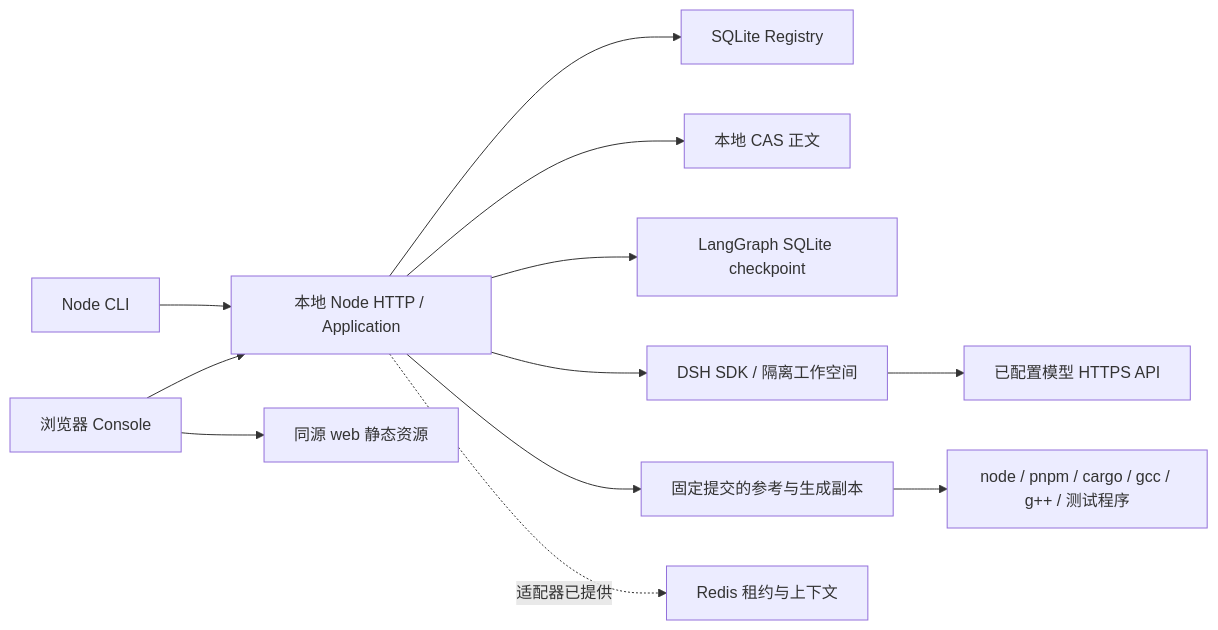
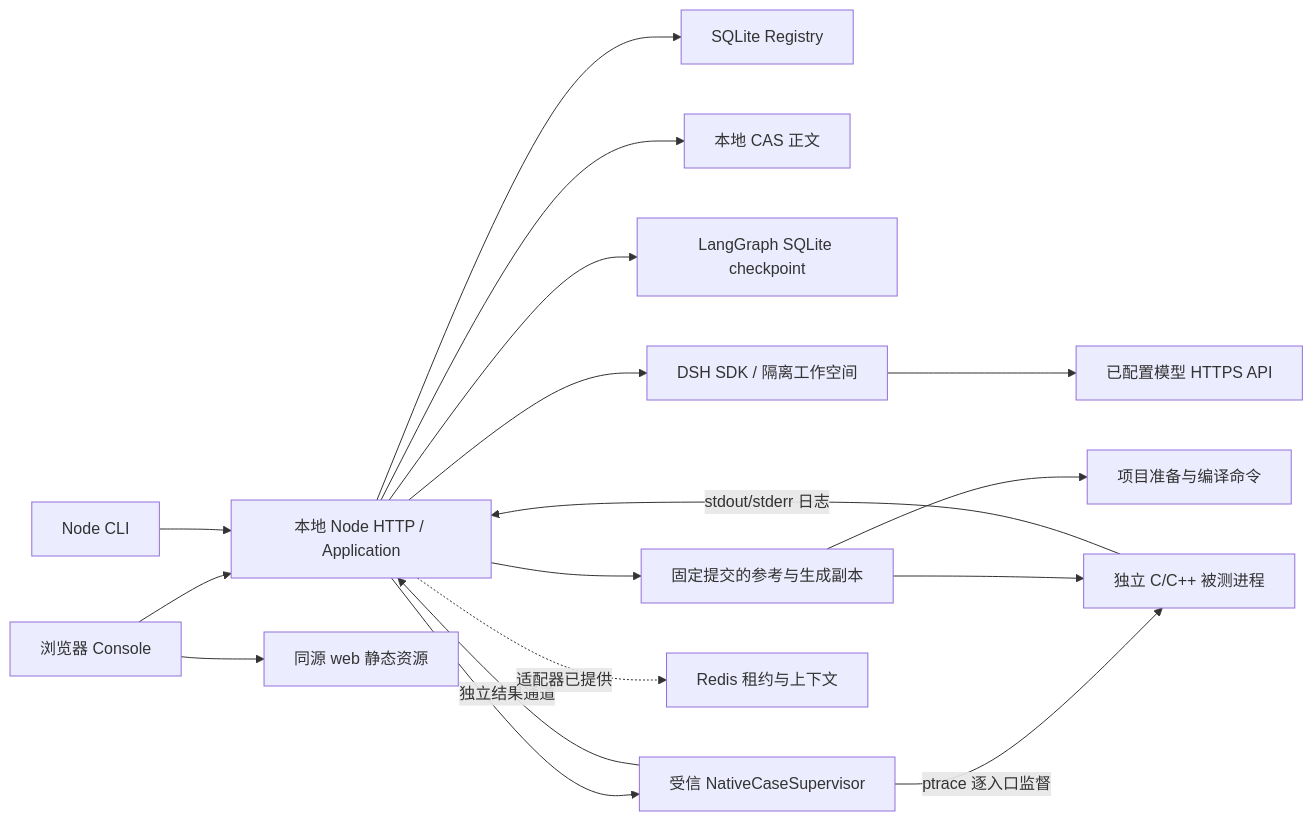
The fourth of 7 diagrams in docs/diagrams/Views4Plus1.md (linlisWorkTeam/domain-knowledge), drawn with Mermaid before and after one commit. The commit also changed other lines of this file and 22 other files, not shown here.

````diff
--- a/docs/diagrams/Views4Plus1.md
+++ b/docs/diagrams/Views4Plus1.md
@@ -72,14 +72,19 @@
 ```mermaid
 flowchart LR
   Browser[浏览器 Console] --> Server[本地 Node HTTP / Application]
   CLI[Node CLI] --> Server
   Server --> Registry[SQLite Registry]
   Server --> CAS[本地 CAS 正文]
   Server --> Checkpoint[LangGraph SQLite checkpoint]
   Server --> Harness[DSH SDK / 隔离工作空间]
   Harness --> Model[已配置模型 HTTPS API]
   Server --> Project[固定提交的参考与生成副本]
-  Project --> Processes[node / pnpm / cargo / gcc / g++ / 测试程序]
+  Project --> Processes[项目准备与编译命令]
+  Server --> Supervisor[受信 NativeCaseSupervisor]
+  Supervisor -->|ptrace 逐入口监督| Native[独立 C/C++ 被测进程]
+  Project --> Native
+  Supervisor -->|独立结果通道| Server
+  Native -->|stdout/stderr 日志| Server
   Server -. 适配器已提供 .-> Redis[Redis 租约与上下文]
   Browser --> Static[同源 web 静态资源]
 ```
````
